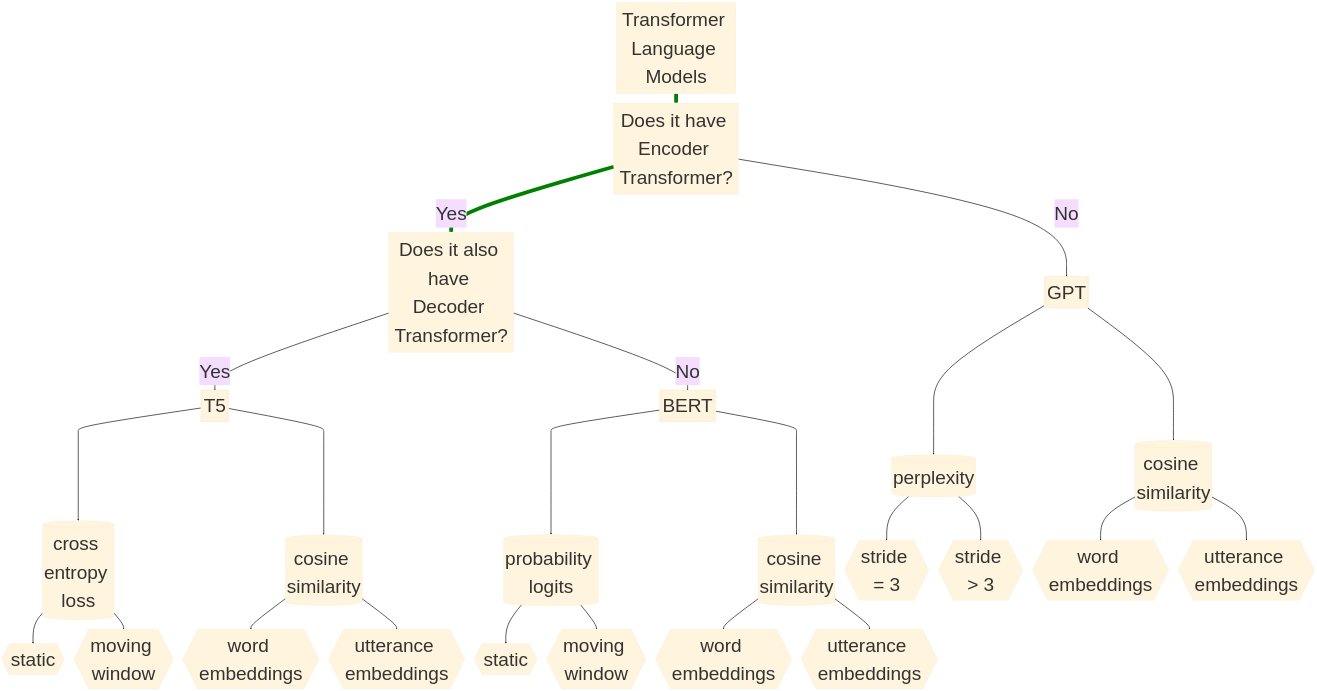
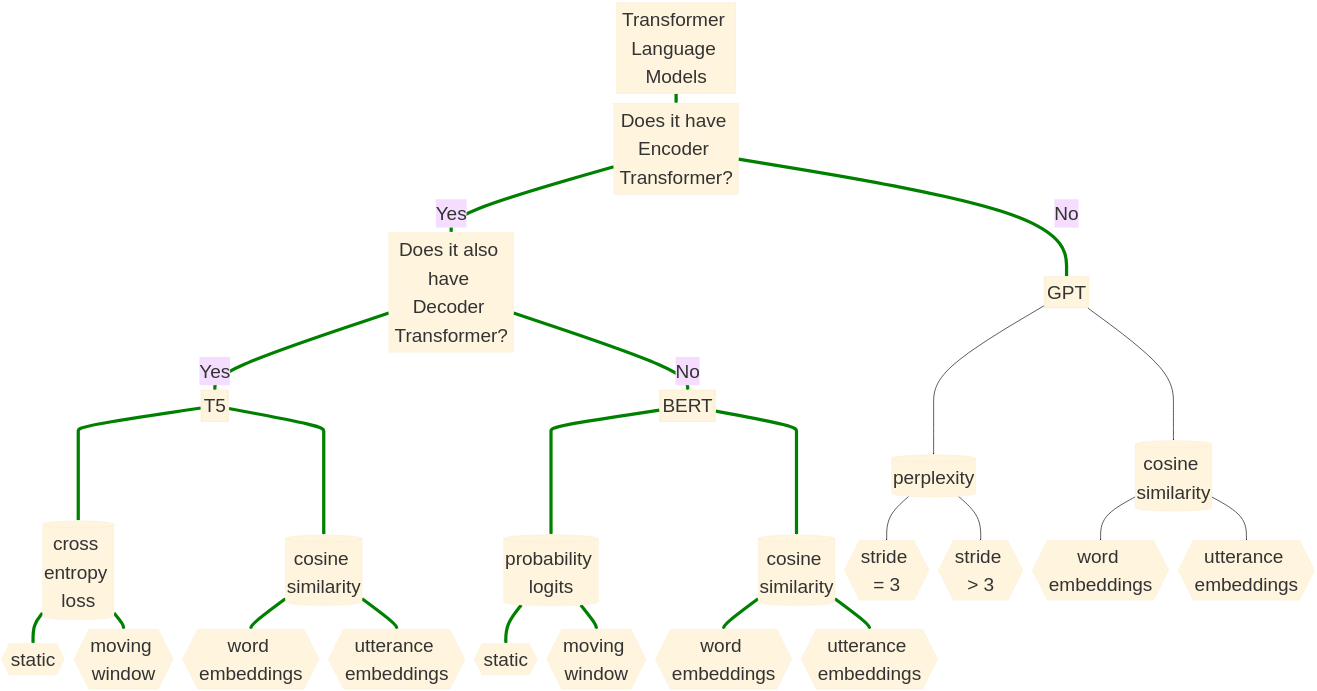
The diagram in README.md (yancong222/SSD-LM-STanglab), drawn with Mermaid before and after one commit.

````diff
--- a/README.md
+++ b/README.md
@@ -4,31 +4,46 @@
 ```mermaid
 %%{init: {'theme': 'base', 'themeVariables': { 'fontSize': '100px'}}}%%
 flowchart TD
     A[Transformer Language Models] ==> B[Does it have Encoder Transformer?]
     B == Yes ==> C[Does it also have Decoder Transformer?]
     C == Yes ==> D[[T5]] ====> G[(cross entropy loss)]
     G ==> J{{static}}
     G ==> K{{moving window}}
     D ====> P[(cosine similarity)]
     P ==> Q{{word embeddings}}
     P ==> R{{utterance embeddings}}
     C == No ==> E[[BERT]] ====> H[(probability logits)]
     H ==> L{{static}}
     H ==> M{{moving window}}
     E ====> S[(cosine similarity)]
     S ==> T{{word embeddings}}
     S ==> U{{utterance embeddings}}
     B == No ==> F[[GPT]] ====> I[(perplexity)]
     I ==> N{{stride = 3}}
     I ==> O{{stride > 3}}
     F ====> V[(cosine similarity)]
     V ==> W{{word embeddings}}
     V ==> X{{utterance embeddings}}
     click A "https://github.com/yancong222/scriptscz/blob/main/perplexity/ed_perplexity.py" _blank
     click B "http://www.github.com" "Open this in a new tab" _blank
     click C href "http://www.github.com" _blank
     click D href "http://www.github.com" "Open this in a new tab" _blank
-    linkStyle 0 stroke-width:20px,fill:none,stroke:green;
-    linkStyle 1 stroke-width:20px,fill:none,stroke:green;
+    linkStyle 0 stroke-width:17px,fill:none,stroke:green;
+    linkStyle 1 stroke-width:17px,fill:none,stroke:green;
+    linkStyle 2 stroke-width:17px,fill:none,stroke:green;
+    linkStyle 3 stroke-width:17px,fill:none,stroke:green;
+    linkStyle 4 stroke-width:17px,fill:none,stroke:green;
+    linkStyle 5 stroke-width:17px,fill:none,stroke:green;
+    linkStyle 6 stroke-width:17px,fill:none,stroke:green;
+    linkStyle 7 stroke-width:17px,fill:none,stroke:green;
+    linkStyle 8 stroke-width:17px,fill:none,stroke:green;
+    linkStyle 9 stroke-width:17px,fill:none,stroke:green;
+    linkStyle 10 stroke-width:17px,fill:none,stroke:green;
+    linkStyle 11 stroke-width:17px,fill:none,stroke:green;
+    linkStyle 12 stroke-width:17px,fill:none,stroke:green;
+    linkStyle 13 stroke-width:17px,fill:none,stroke:green;
+    linkStyle 14 stroke-width:17px,fill:none,stroke:green;
+    linkStyle 15 stroke-width:17px,fill:none,stroke:green;
+    linkStyle 16 stroke-width:17px,fill:none,stroke:green;
     
 ```
````
